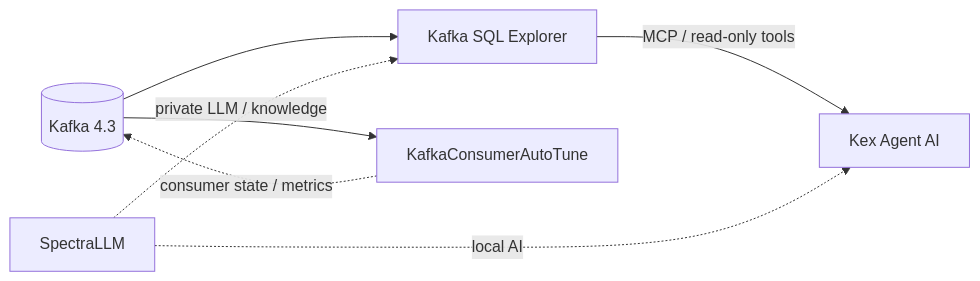
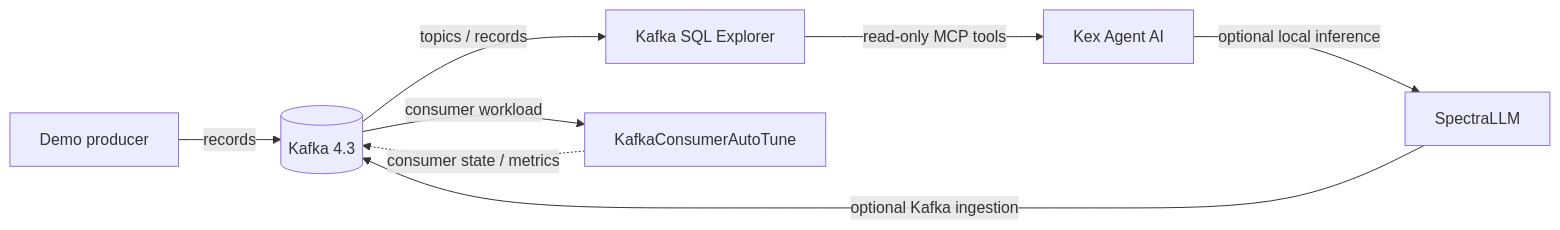
The second of 2 diagrams in README.md (devdownin/Kex-Lab), drawn with Mermaid before and after one commit. The commit also changed other lines of this file, not shown here.

Commit message:
docs: make demo journey and architecture explicit

````diff
--- a/README.md
+++ b/README.md
@@ -114,9 +112,10 @@
 ```mermaid
 flowchart LR
-  K[(Kafka 4.3)] --> E[Kafka SQL Explorer]
-  K --> T[KafkaConsumerAutoTune]
-  E -->|MCP / read-only tools| A[Kex Agent AI]
-  S[SpectraLLM] -. private LLM / knowledge .-> E
-  S -. local AI .-> A
+  P[Demo producer] -->|records| K[(Kafka 4.3)]
+  K -->|topics / records| E[Kafka SQL Explorer]
+  K -->|consumer workload| T[KafkaConsumerAutoTune]
+  E -->|read-only MCP tools| A[Kex Agent AI]
+  A -->|optional local inference| S[SpectraLLM]
+  S -->|optional Kafka ingestion| K
   T -. consumer state / metrics .-> K
 ```
````
